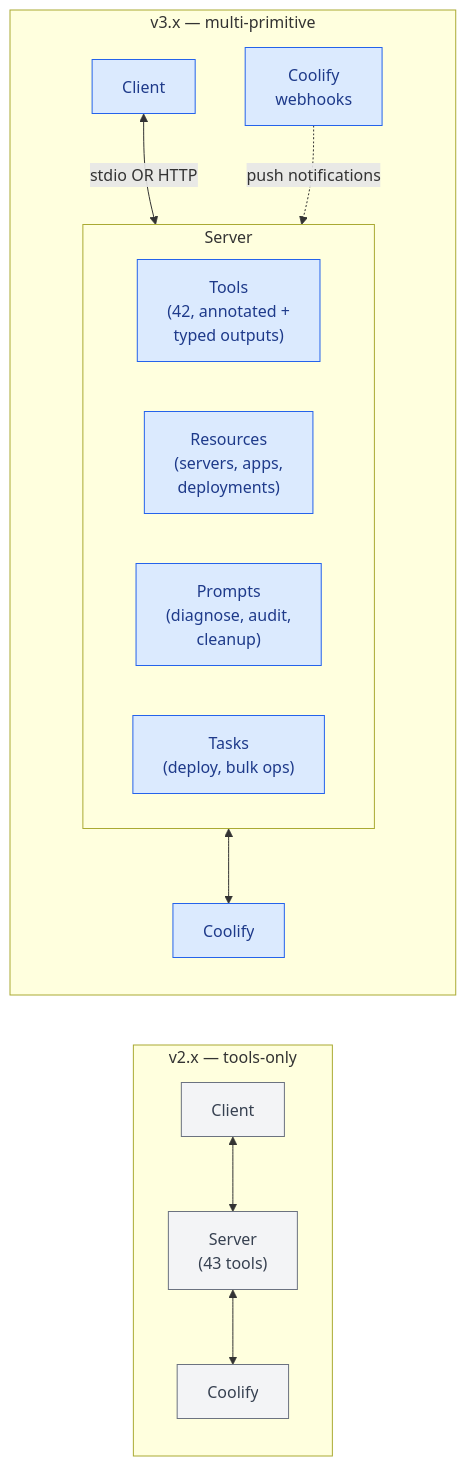
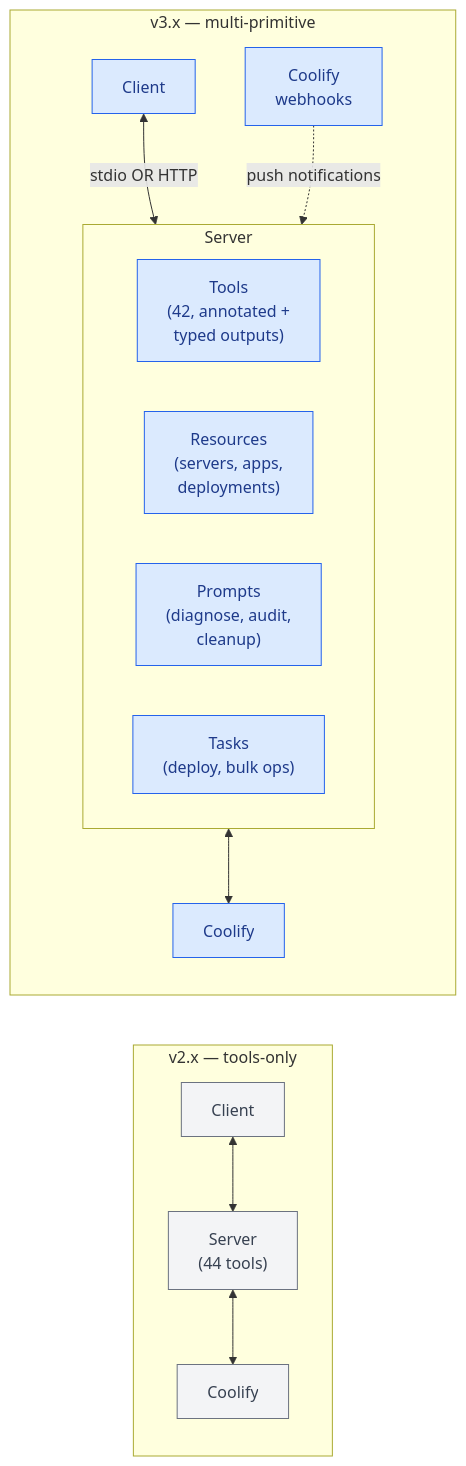
One commit to StuMason/coolify-mcp changed the second of 5 diagrams in site/roadmap/v3-vision.md. Above: the diagram before and after it, drawn with Mermaid. The commit also changed 17 other files, not shown here.

````diff
--- a/site/roadmap/v3-vision.md
+++ b/site/roadmap/v3-vision.md
@@ -33,30 +33,30 @@
 ```mermaid
 flowchart LR
     subgraph v2["v2.x — tools-only"]
         v2c["Client"]
-        v2s["Server<br/>(43 tools)"]
+        v2s["Server<br/>(44 tools)"]
         v2k["Coolify"]
         v2c <--> v2s
         v2s <--> v2k
     end
 
     subgraph v3["v3.x — multi-primitive"]
         v3c["Client"]
         subgraph v3s["Server"]
             tools3["Tools<br/>(42, annotated +<br/>typed outputs)"]
             res3["Resources<br/>(servers, apps,<br/>deployments)"]
             prompts3["Prompts<br/>(diagnose, audit,<br/>cleanup)"]
             tasks3["Tasks<br/>(deploy, bulk ops)"]
         end
         v3k["Coolify"]
         v3hooks["Coolify<br/>webhooks"]
         v3c <-- "stdio OR HTTP" --> v3s
         v3s <--> v3k
         v3hooks -. "push notifications" .-> v3s
     end
 
     classDef v2style fill:#f3f4f6,stroke:#6b7280,color:#374151
     classDef v3style fill:#dbeafe,stroke:#2563eb,color:#1e3a8a
     class v2c,v2s,v2k v2style
     class v3c,tools3,res3,prompts3,tasks3,v3k,v3hooks v3style
 ```
````
